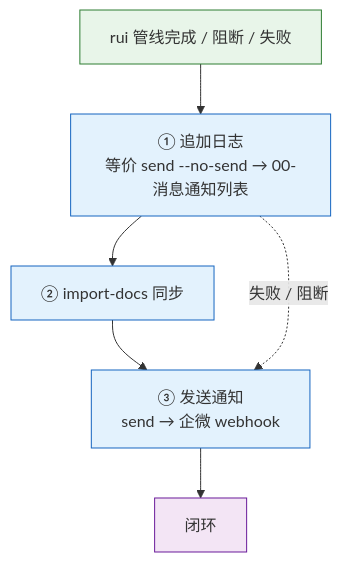
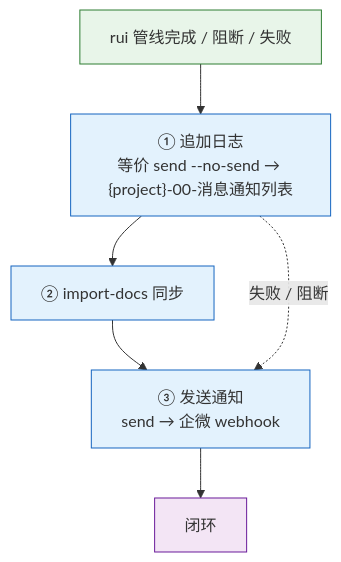
One commit to effiy/YrY changed the first of 11 diagrams in skills/wework-bot/SKILL.md. Above: the diagram before and after it, drawn with Mermaid. The commit also changed other lines of this file and 17 other files, not shown here.

````diff
--- a/skills/wework-bot/SKILL.md
+++ b/skills/wework-bot/SKILL.md
@@ -20,13 +20,13 @@
 ```mermaid
 flowchart TB
-    RUI["rui 管线完成 / 阻断 / 失败"]:::src --> LOG["① 追加日志<br/>等价 send --no-send → 00-消息通知列表"]:::step
+    RUI["rui 管线完成 / 阻断 / 失败"]:::src --> LOG["① 追加日志<br/>等价 send --no-send → {project}-00-消息通知列表"]:::step
     LOG --> SYNC["② import-docs 同步"]:::step
     SYNC --> SEND["③ 发送通知<br/>send → 企微 webhook"]:::step
     SEND --> DONE["闭环"]:::done
 
     LOG -.->|"失败 / 阻断"| SEND
 
     classDef src fill:#e8f5e9,stroke:#2e7d32;
     classDef step fill:#e3f2fd,stroke:#1565c0;
     classDef done fill:#f3e5f5,stroke:#6a1b9a;
 ```
````
